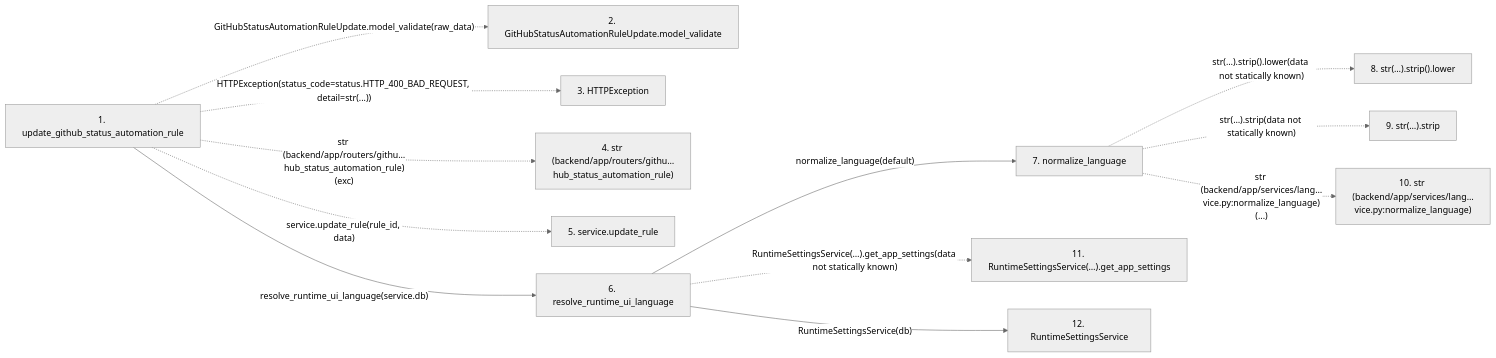
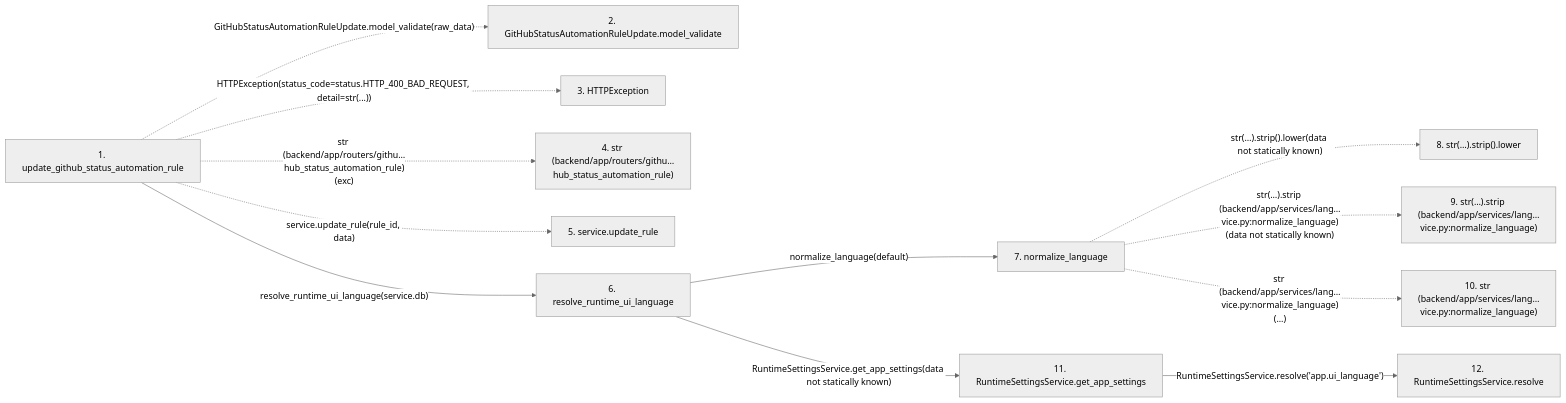
Before and after one commit to Denissvgn/WorkChord: the second of 2 diagrams in docs/llm_wiki/flows/http-update_github_status_automation_rule.md, drawn with Mermaid (neutral theme). The commit also changed other lines of this file and 25171 other files, not shown here.

````diff
--- a/docs/llm_wiki/flows/http-update_github_status_automation_rule.md
+++ b/docs/llm_wiki/flows/http-update_github_status_automation_rule.md
@@ -60,30 +133,31 @@
 ```mermaid
 flowchart LR
     s1["1. update_github_status_automation_rule"]
     s2["2. GitHubStatusAutomationRuleUpdate.model_validate"]
     s3["3. HTTPException"]
     s4["4. str (backend/app/routers/githu…hub_status_automation_rule)"]
     s5["5. service.update_rule"]
     s6["6. resolve_runtime_ui_language"]
     s7["7. normalize_language"]
     s8["8. str(…).strip().lower"]
-    s9["9. str(…).strip"]
+    s9["9. str(…).strip (backend/app/services/lang…vice.py:normalize_language)"]
     s10["10. str (backend/app/services/lang…vice.py:normalize_language)"]
-    s11["11. RuntimeSettingsService(…).get_app_settings"]
-    s12["12. RuntimeSettingsService"]
+    s11["11. RuntimeSettingsService.get_app_settings"]
+    s12["12. RuntimeSettingsService.resolve"]
     s1 -. "GitHubStatusAutomationRuleUpdate.model_validate(raw_data)" .-> s2
     s1 -. "HTTPException(status_code=status.HTTP_400_BAD_REQUEST, detail=str(...))" .-> s3
     s1 -. "str (backend/app/routers/githu…hub_status_automation_rule)(exc)" .-> s4
     s1 -. "service.update_rule(rule_id, data)" .-> s5
     s1 -->|"resolve_runtime_ui_language(service.db)"| s6
     s6 -->|"normalize_language(default)"| s7
     s7 -. "str(…).strip().lower(data not statically known)" .-> s8
-    s7 -. "str(…).strip(data not statically known)" .-> s9
+    s7 -. "str(…).strip (backend/app/services/lang…vice.py:normalize_language)(data not statically known)" .-> s9
     s7 -. "str (backend/app/services/lang…vice.py:normalize_language)(...)" .-> s10
-    s6 -. "RuntimeSettingsService(…).get_app_settings(data not statically known)" .-> s11
-    s6 -->|"RuntimeSettingsService(db)"| s12
+    s6 -->|"RuntimeSettingsService.get_app_settings(data not statically known)"| s11
+    s11 -->|"RuntimeSettingsService.resolve('app.ui_language')"| s12
     click s1 "../modules/routers_github.md"
     click s6 "../modules/language_service.md"
     click s7 "../modules/language_service.md"
+    click s11 "../modules/system_settings_service.md"
     click s12 "../modules/system_settings_service.md"
 ```
````
